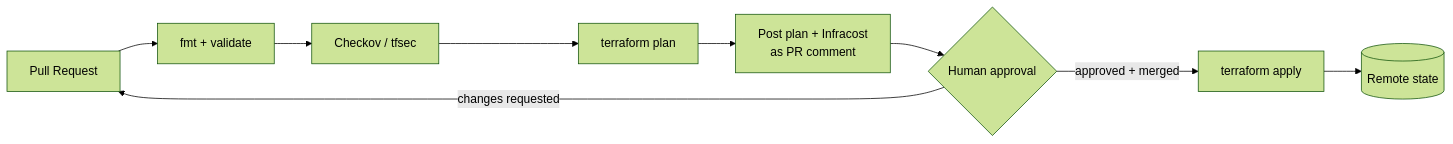
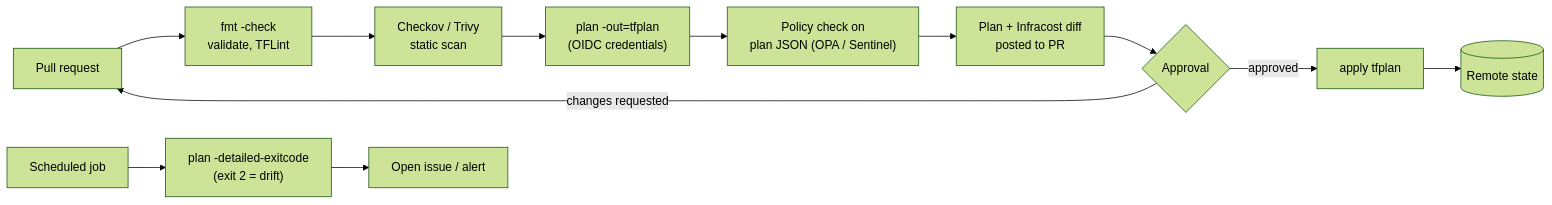
Before and after one commit to AndrewAltimit/Documentation: the second of 2 diagrams in github-pages/docs/technology/terraform/patterns.md, drawn with Mermaid (forest theme). The commit also changed other lines of this file and 240 other files, not shown here.

````diff
--- a/github-pages/docs/technology/terraform/patterns.md
+++ b/github-pages/docs/technology/terraform/patterns.md
@@ -321,11 +116,14 @@
 ```mermaid
 flowchart LR
-    PR[Pull Request] --> Fmt[fmt + validate]
-    Fmt --> Scan[Checkov / tfsec]
-    Scan --> Plan[terraform plan]
-    Plan --> Comment[Post plan + Infracost<br/>as PR comment]
-    Comment --> Review{Human approval}
-    Review -->|approved + merged| Apply[terraform apply]
-    Review -->|changes requested| PR
-    Apply --> State[(Remote state)]
+    PR["Pull request"] --> Static["fmt -check<br/>validate, TFLint"]
+    Static --> Scan["Checkov / Trivy<br/>static scan"]
+    Scan --> Plan["plan -out=tfplan<br/>(OIDC credentials)"]
+    Plan --> Policy["Policy check on<br/>plan JSON (OPA / Sentinel)"]
+    Policy --> Comment["Plan + Infracost diff<br/>posted to PR"]
+    Comment --> Review{"Approval"}
+    Review -- changes requested --> PR
+    Review -- approved --> Apply["apply tfplan"]
+    Apply --> State[("Remote state")]
+    Nightly["Scheduled job"] --> Drift["plan -detailed-exitcode<br/>(exit 2 = drift)"]
+    Drift --> Alert["Open issue / alert"]
 ```
````
